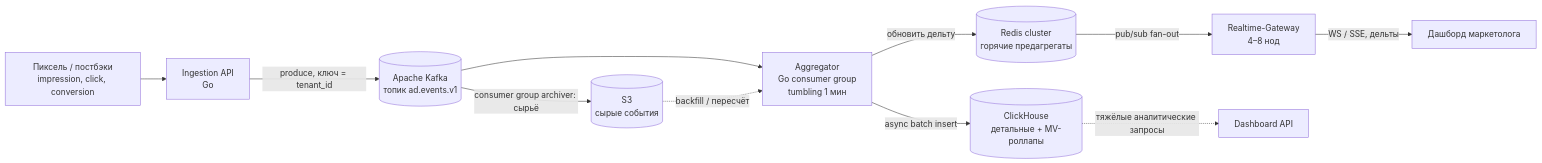
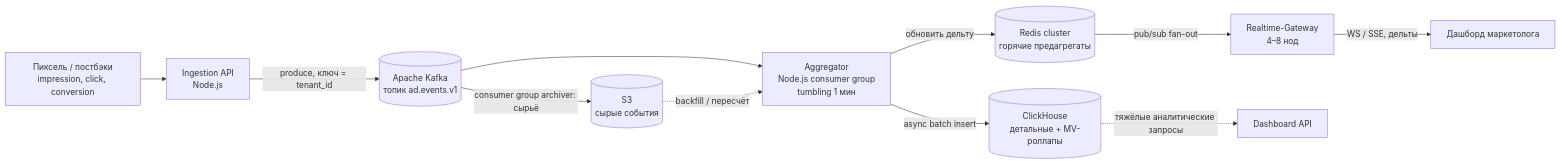
Before and after one commit to A1doranM/HowProgrammingWork: the tenth of 20 diagrams in System Design/9. Backend System Design Interview Pipeline (Marketing Dashboard).md, drawn with Mermaid. The commit also changed other lines of this file, not shown here.

````diff
--- a/System Design/9. Backend System Design Interview Pipeline (Marketing Dashboard).md
+++ b/System Design/9. Backend System Design Interview Pipeline (Marketing Dashboard).md
@@ -1282,13 +1282,13 @@
 ```mermaid
 graph LR
-    SDK["Пиксель / постбэки<br/>impression, click, conversion"] --> ING["Ingestion API<br/>Go"]
+    SDK["Пиксель / постбэки<br/>impression, click, conversion"] --> ING["Ingestion API<br/>Node.js"]
     ING -->|"produce, ключ = tenant_id"| K[("Apache Kafka<br/>топик ad.events.v1")]
-    K --> AGG["Aggregator<br/>Go consumer group<br/>tumbling 1 мин"]
+    K --> AGG["Aggregator<br/>Node.js consumer group<br/>tumbling 1 мин"]
     AGG -->|"async batch insert"| CH[("ClickHouse<br/>детальные + MV-роллапы")]
     AGG -->|"обновить дельту"| R[("Redis cluster<br/>горячие предагрегаты")]
     R -->|"pub/sub fan-out"| GW["Realtime-Gateway<br/>4–8 нод"]
     GW -->|"WS / SSE, дельты"| CLIENT["Дашборд маркетолога"]
     CH -.->|"тяжёлые аналитические запросы"| API["Dashboard API"]
     K -->|"consumer group archiver: сырьё"| S3[("S3<br/>сырые события")]
     S3 -.->|"backfill / пересчёт"| AGG
 ```
````
